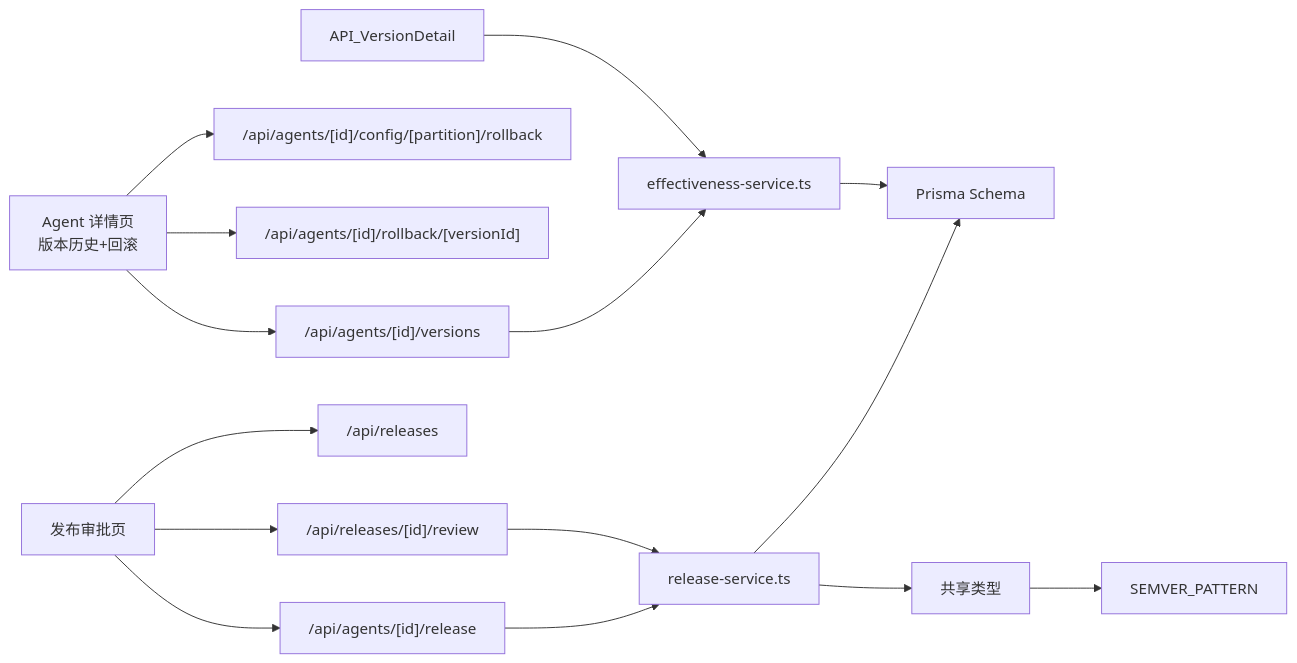
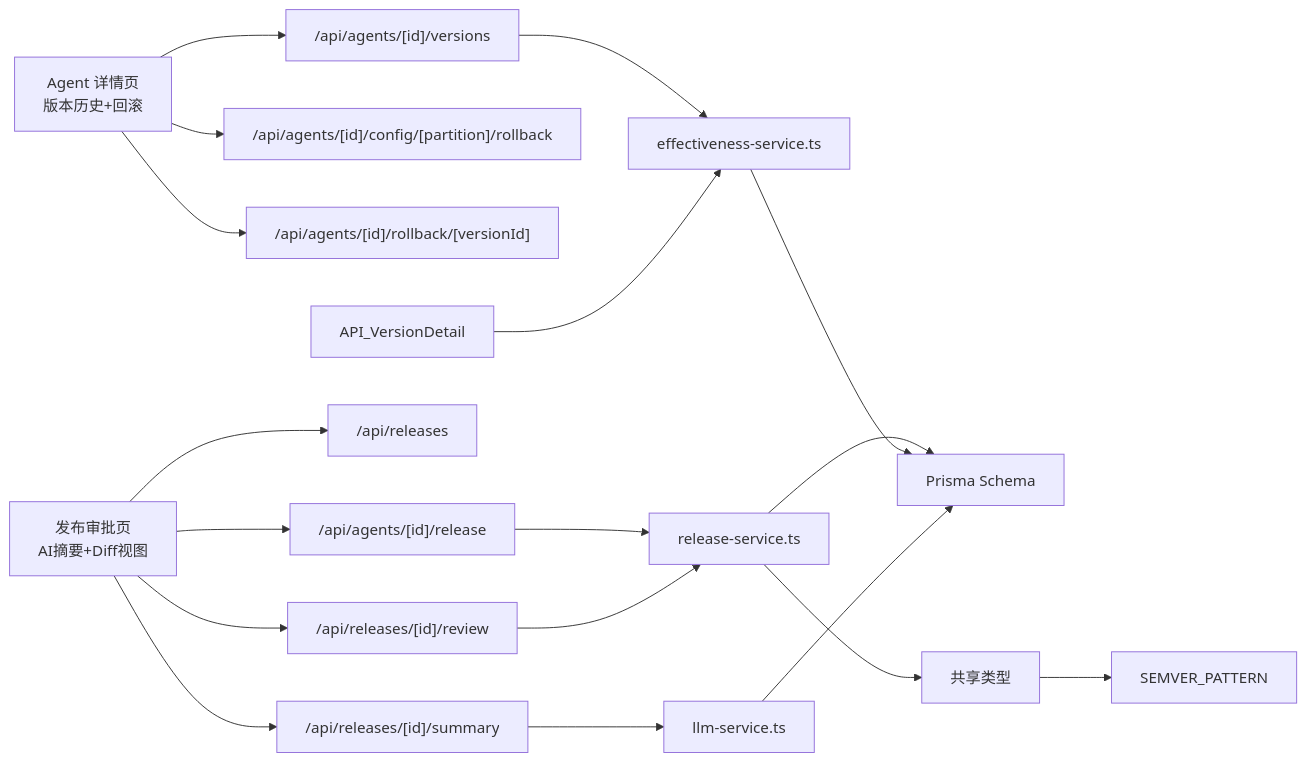
One commit to ai-guru-global/agent-up changed the ninth of 9 diagrams in .qoder/repowiki/zh/content/功能模块/版本控制.md. Above: the diagram before and after it, drawn with Mermaid. The commit also changed other lines of this file and 32 other files, not shown here.

````diff
--- a/.qoder/repowiki/zh/content/功能模块/版本控制.md
+++ b/.qoder/repowiki/zh/content/功能模块/版本控制.md
@@ -439,17 +504,20 @@
 ```mermaid
 graph LR
 UI_Agent["Agent 详情页<br/>版本历史+回滚"] --> API_Versions["/api/agents/[id]/versions"]
 UI_Agent --> API_PartitionRollback["/api/agents/[id]/config/[partition]/rollback"]
 UI_Agent --> API_WholeRollback["/api/agents/[id]/rollback/[versionId]"]
-UI_Release["发布审批页"] --> API_Release["/api/agents/[id]/release"]
+UI_Release["发布审批页<br/>AI摘要+Diff视图"] --> API_Release["/api/agents/[id]/release"]
 UI_Release --> API_Releases["/api/releases"]
 UI_Release --> API_Review["/api/releases/[id]/review"]
+UI_Release --> API_Summary["/api/releases/[id]/summary"]
 API_Release --> Service_Release["release-service.ts"]
 API_Review --> Service_Release
 API_Versions --> Service_Effectiveness["effectiveness-service.ts"]
 API_VersionDetail --> Service_Effectiveness
+API_Summary --> Service_LLM["llm-service.ts"]
 Service_Release --> DB["Prisma Schema"]
 Service_Effectiveness --> DB
+Service_LLM --> DB
 Service_Release --> Types["共享类型"]
 Types --> SemVer["SEMVER_PATTERN"]
 ```
````
